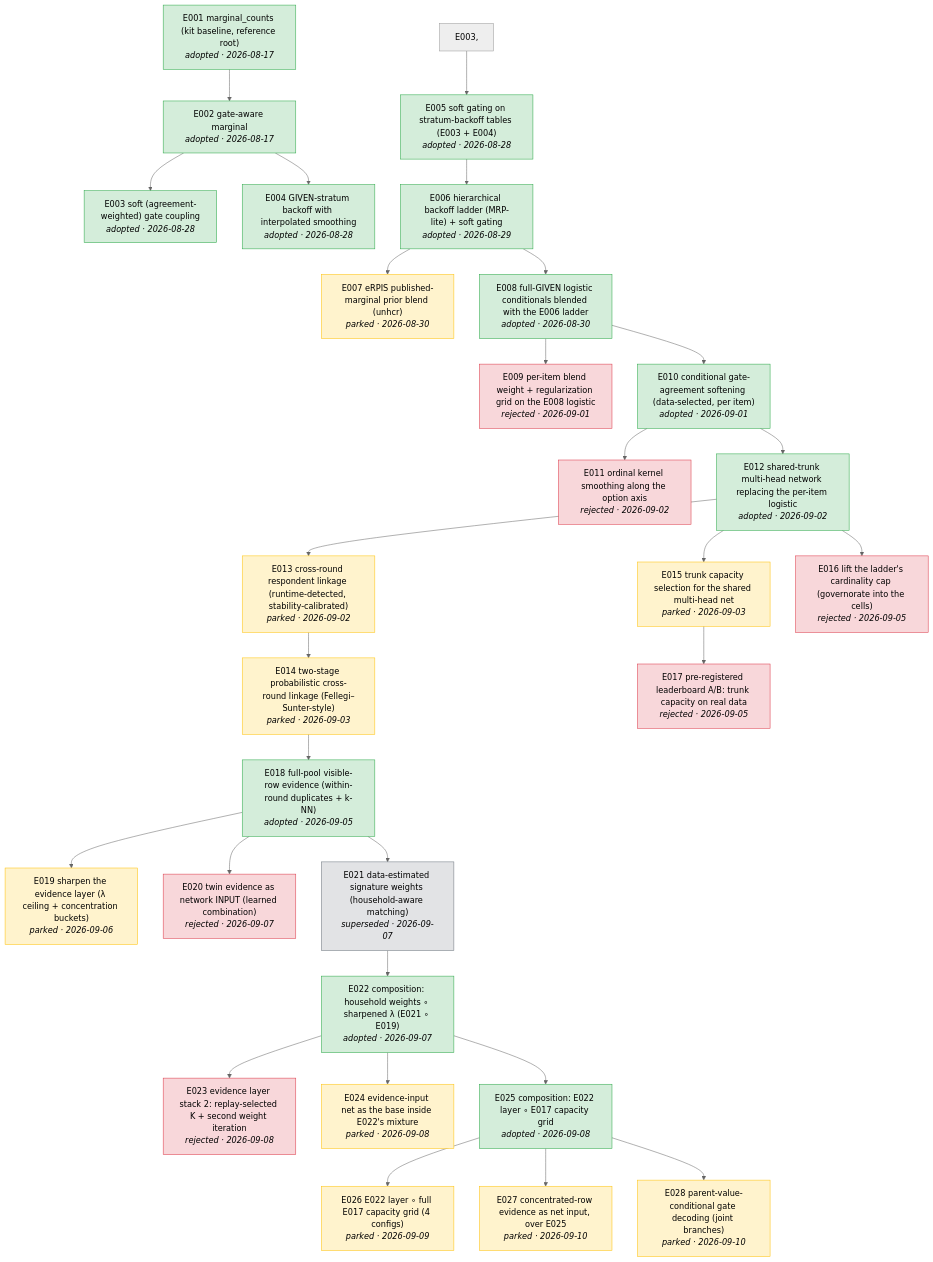
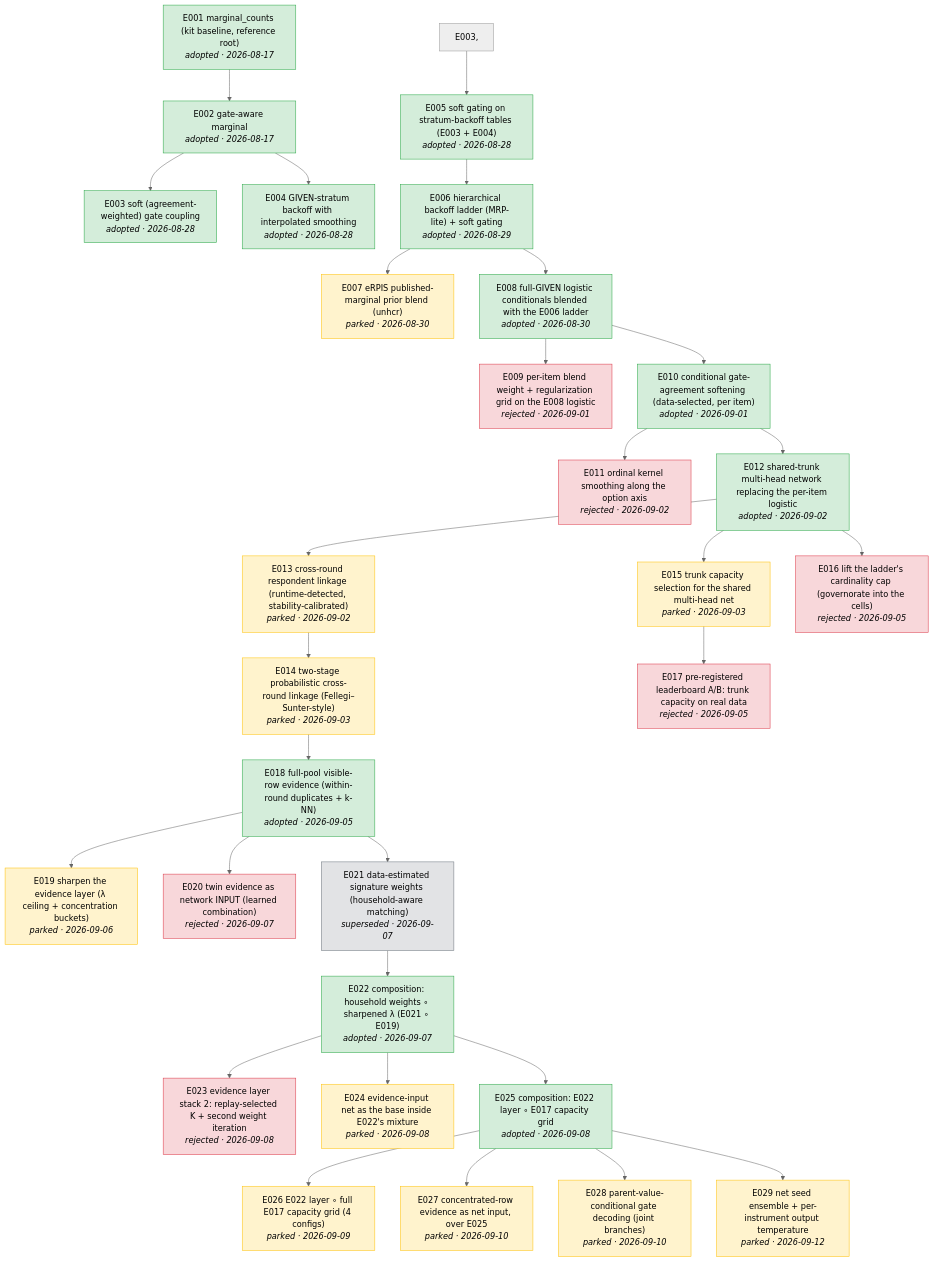
Before and after one commit to joon56/Simulacrabench-NeurIPS-2026-: the diagram in docs/tree.md, drawn with Mermaid (neutral theme). The commit also changed 7 other files, not shown here.

First line of the commit message:
E029: seed ensemble + output temperature measured null (+0.0004, T=1), parked; phase-2 runner profiled; method draft

````diff
--- a/docs/tree.md
+++ b/docs/tree.md
@@ -5,66 +5,68 @@
 ```mermaid
 flowchart TD
     E001["E001 marginal_counts (kit baseline, reference root)<br/><i>adopted · 2026-08-17</i>"]
     E002["E002 gate-aware marginal<br/><i>adopted · 2026-08-17</i>"]
     E001 --> E002
     E003["E003 soft (agreement-weighted) gate coupling<br/><i>adopted · 2026-08-28</i>"]
     E002 --> E003
     E004["E004 GIVEN-stratum backoff with interpolated smoothing<br/><i>adopted · 2026-08-28</i>"]
     E002 --> E004
     E005["E005 soft gating on stratum-backoff tables (E003 + E004)<br/><i>adopted · 2026-08-28</i>"]
     E003, --> E005
     E006["E006 hierarchical backoff ladder (MRP-lite) + soft gating<br/><i>adopted · 2026-08-29</i>"]
     E005 --> E006
     E007["E007 eRPIS published-marginal prior blend (unhcr)<br/><i>parked · 2026-08-30</i>"]
     E006 --> E007
     E008["E008 full-GIVEN logistic conditionals blended with the E006 ladder<br/><i>adopted · 2026-08-30</i>"]
     E006 --> E008
     E009["E009 per-item blend weight + regularization grid on the E008 logistic<br/><i>rejected · 2026-09-01</i>"]
     E008 --> E009
     E010["E010 conditional gate-agreement softening (data-selected, per item)<br/><i>adopted · 2026-09-01</i>"]
     E008 --> E010
     E011["E011 ordinal kernel smoothing along the option axis<br/><i>rejected · 2026-09-02</i>"]
     E010 --> E011
     E012["E012 shared-trunk multi-head network replacing the per-item logistic<br/><i>adopted · 2026-09-02</i>"]
     E010 --> E012
     E013["E013 cross-round respondent linkage (runtime-detected, stability-calibrated)<br/><i>parked · 2026-09-02</i>"]
     E012 --> E013
     E014["E014 two-stage probabilistic cross-round linkage (Fellegi–Sunter-style)<br/><i>parked · 2026-09-03</i>"]
     E013 --> E014
     E015["E015 trunk capacity selection for the shared multi-head net<br/><i>parked · 2026-09-03</i>"]
     E012 --> E015
     E016["E016 lift the ladder's cardinality cap (governorate into the cells)<br/><i>rejected · 2026-09-05</i>"]
     E012 --> E016
     E017["E017 pre-registered leaderboard A/B: trunk capacity on real data<br/><i>rejected · 2026-09-05</i>"]
     E015 --> E017
     E018["E018 full-pool visible-row evidence (within-round duplicates + k-NN)<br/><i>adopted · 2026-09-05</i>"]
     E014 --> E018
     E019["E019 sharpen the evidence layer (λ ceiling + concentration buckets)<br/><i>parked · 2026-09-06</i>"]
     E018 --> E019
     E020["E020 twin evidence as network INPUT (learned combination)<br/><i>rejected · 2026-09-07</i>"]
     E018 --> E020
     E021["E021 data-estimated signature weights (household-aware matching)<br/><i>superseded · 2026-09-07</i>"]
     E018 --> E021
     E022["E022 composition: household weights ∘ sharpened λ (E021 ∘ E019)<br/><i>adopted · 2026-09-07</i>"]
     E021 --> E022
     E023["E023 evidence layer stack 2: replay-selected K + second weight iteration<br/><i>rejected · 2026-09-08</i>"]
     E022 --> E023
     E024["E024 evidence-input net as the base inside E022's mixture<br/><i>parked · 2026-09-08</i>"]
     E022 --> E024
     E025["E025 composition: E022 layer ∘ E017 capacity grid<br/><i>adopted · 2026-09-08</i>"]
     E022 --> E025
     E026["E026 E022 layer ∘ full E017 capacity grid (4 configs)<br/><i>parked · 2026-09-09</i>"]
     E025 --> E026
     E027["E027 concentrated-row evidence as net input, over E025<br/><i>parked · 2026-09-10</i>"]
     E025 --> E027
     E028["E028 parent-value-conditional gate decoding (joint branches)<br/><i>parked · 2026-09-10</i>"]
     E025 --> E028
+    E029["E029 net seed ensemble + per-instrument output temperature<br/><i>parked · 2026-09-12</i>"]
+    E025 --> E029
     classDef adopted fill:#d4edda,stroke:#28a745
     class E001,E002,E003,E004,E005,E006,E008,E010,E012,E018,E022,E025 adopted
     classDef rejected fill:#f8d7da,stroke:#dc3545
     class E009,E011,E016,E017,E020,E023 rejected
     classDef parked fill:#fff3cd,stroke:#ffc107
-    class E007,E013,E014,E015,E019,E024,E026,E027,E028 parked
+    class E007,E013,E014,E015,E019,E024,E026,E027,E028,E029 parked
     classDef superseded fill:#e2e3e5,stroke:#6c757d
     class E021 superseded
 ```
````
